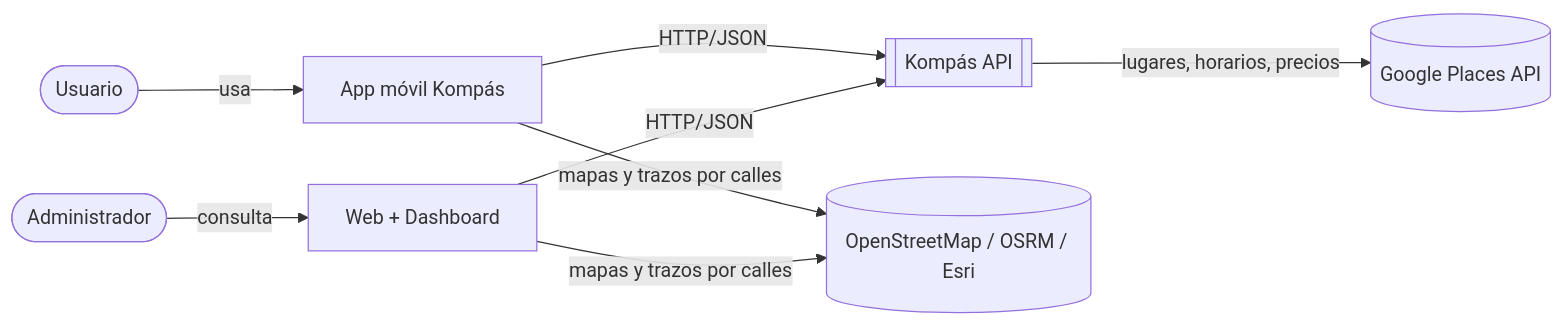
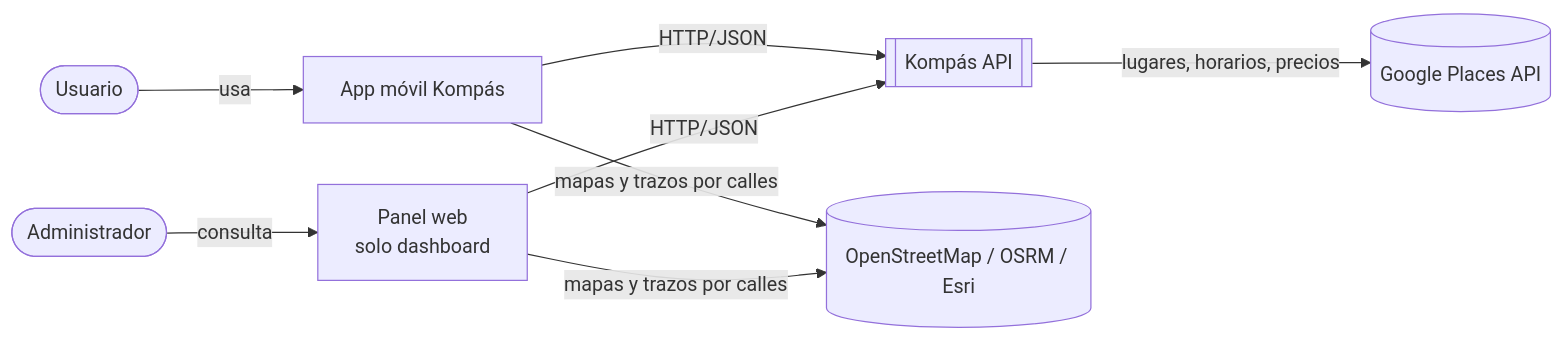
Before and after one commit to jirotrash/KompasAPPbeta: the first of 7 diagrams in DOCS/manual-tecnico/arquitectura.md, drawn with Mermaid. The commit also changed other lines of this file and 11 other files, not shown here.

Commit message:
Deja la web solo con el dashboard de administración y la marca Kompás

````diff
--- a/DOCS/manual-tecnico/arquitectura.md
+++ b/DOCS/manual-tecnico/arquitectura.md
@@ -63,8 +63,8 @@
 ```mermaid
 flowchart LR
   U([Usuario]) -- usa --> APP[App móvil Kompás]
-  A([Administrador]) -- consulta --> WEB[Web + Dashboard]
+  A([Administrador]) -- consulta --> WEB[Panel web<br/>solo dashboard]
   APP & WEB -- HTTP/JSON --> K[[Kompás API]]
   K -- lugares, horarios, precios --> G[(Google Places API)]
   APP & WEB -- mapas y trazos por calles --> O[(OpenStreetMap / OSRM / Esri)]
 ```
````
